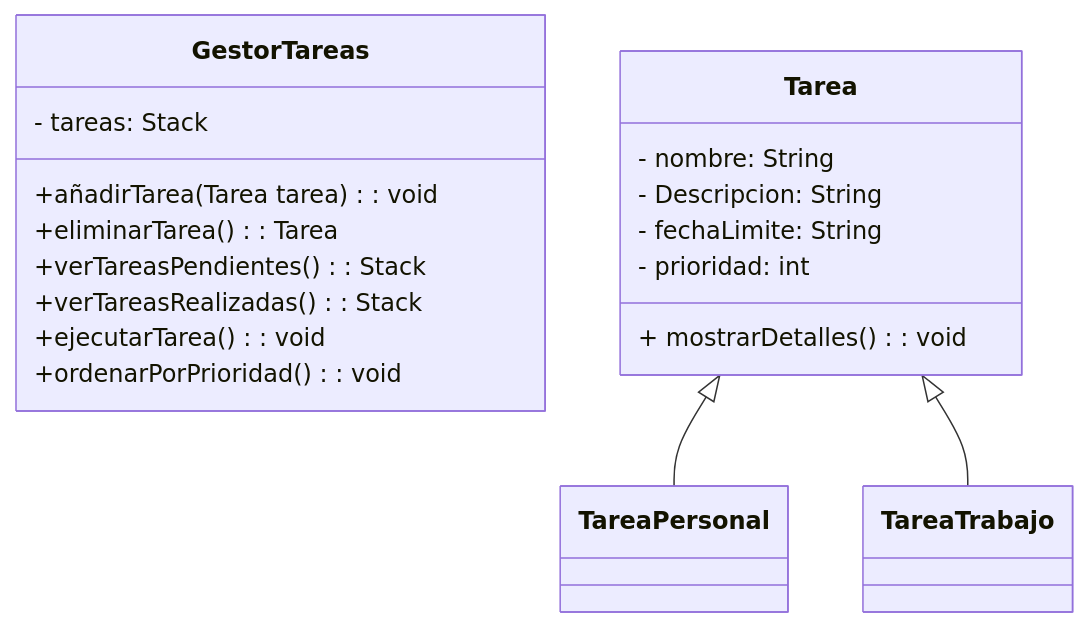
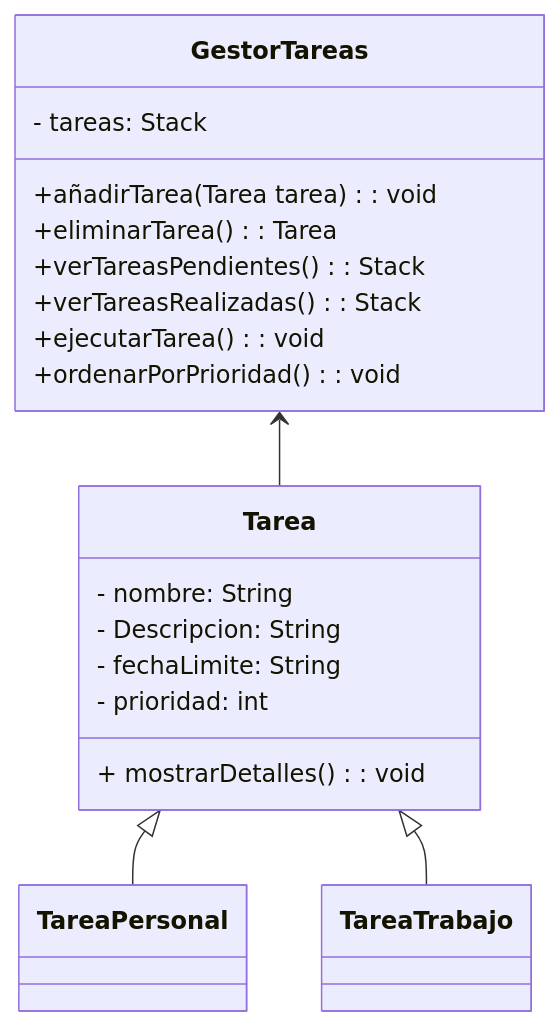
Before and after one commit to rifi45/Gestor-Tareas: the first of 2 diagrams in README.md, drawn with Mermaid.

````diff
--- a/README.md
+++ b/README.md
@@ -8,32 +8,33 @@
 ```mermaid
 classDiagram
     class GestorTareas {
         - tareas: Stack<Tarea>
         +añadirTarea(Tarea tarea) : void
         +eliminarTarea() : Tarea
         +verTareasPendientes(): Stack<Tarea>
         +verTareasRealizadas(): Stack<Tarea>
         +ejecutarTarea(): void
         +ordenarPorPrioridad(): void
     }
     class Tarea {
         - nombre: String
         - Descripcion: String
         - fechaLimite: String
         - prioridad: int
         + mostrarDetalles(): void
     }
 
     class TareaPersonal {
        
     }
 
     class TareaTrabajo {
         
     }
 
     Tarea <|-- TareaPersonal
     Tarea <|-- TareaTrabajo
+    GestorTareas <-- Tarea
 
 
 ```
````
